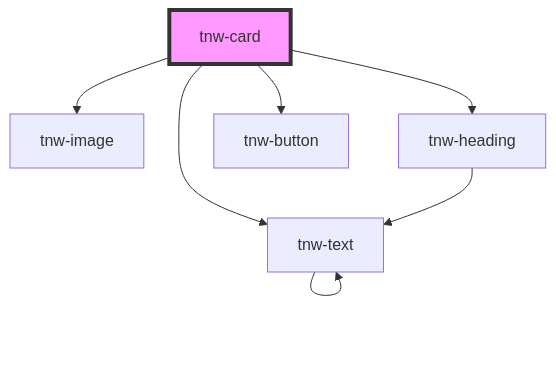
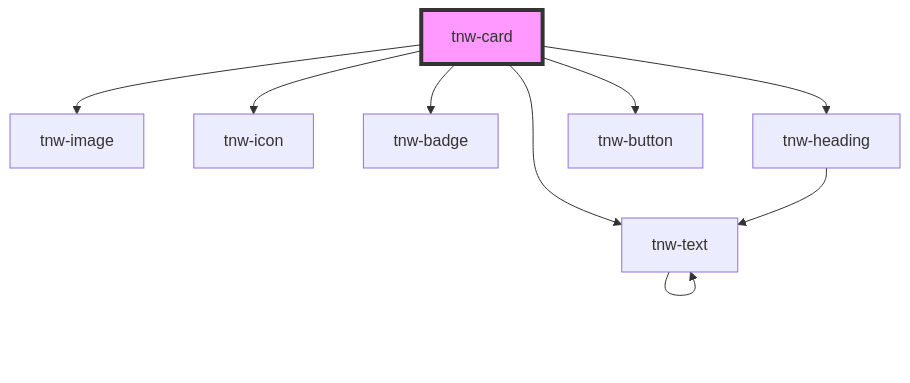
Before and after one commit to technway/technway-component-library: the diagram in packages/stencil-library/src/components/tnw-card/readme.md, drawn with Mermaid. The commit also changed other lines of this file and 18 other files, not shown here.

Commit message:
feat(tnw-card): implement new props and fix styling issues

````diff
--- a/packages/stencil-library/src/components/tnw-card/readme.md
+++ b/packages/stencil-library/src/components/tnw-card/readme.md
@@ -123,10 +137,12 @@
 ```mermaid
 graph TD;
   tnw-card --> tnw-image
+  tnw-card --> tnw-icon
+  tnw-card --> tnw-text
+  tnw-card --> tnw-badge
   tnw-card --> tnw-heading
-  tnw-card --> tnw-text
   tnw-card --> tnw-button
+  tnw-text --> tnw-text
   tnw-heading --> tnw-text
-  tnw-text --> tnw-text
   style tnw-card fill:#f9f,stroke:#333,stroke-width:4px
 ```
````
